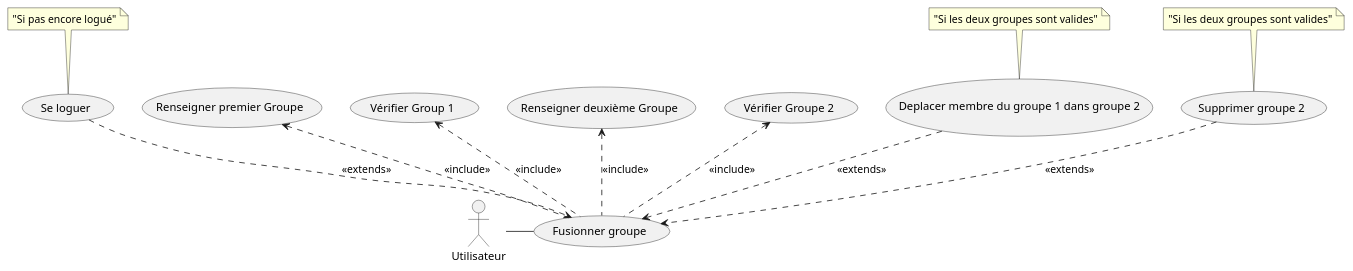
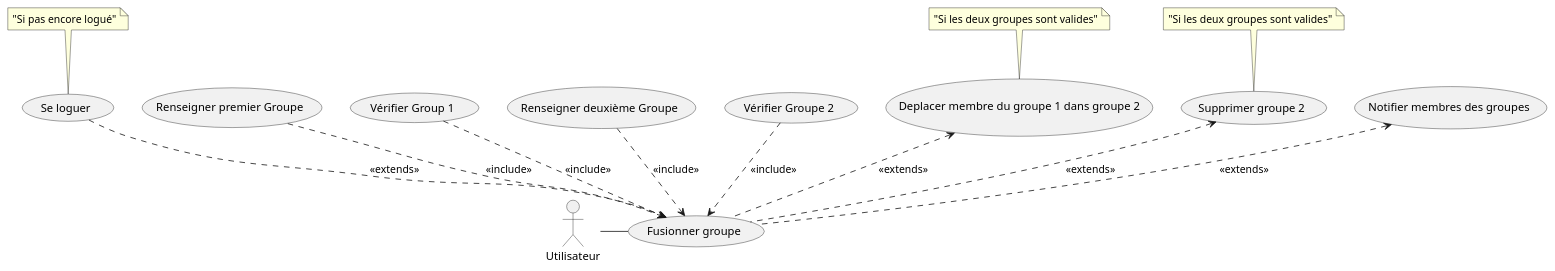
One commit to clementfvrl/projet_linux changed the diagram in docs/use_cases/UseCaseFusionGroupe.puml. Above: the diagram before and after it, drawn with PlantUML. The commit also changed 7 other files, not shown here.

```diff
--- a/docs/use_cases/UseCaseFusionGroupe.puml
+++ b/docs/use_cases/UseCaseFusionGroupe.puml
@@ -2,17 +2,21 @@
 @startuml
 actor Utilisateur as User
 top to bottom direction
 usecase (Fusionner groupe) as create
 :User: -right- create
+
 (Se loguer) ..> create : << extends >> 
+
 note top of  (Se loguer) : "Si pas encore logué"
-(Renseigner premier Groupe) <.. create : << include >>
-(Vérifier Group 1) <.. create : << include >>
-(Renseigner deuxième Groupe) <.. create : << include >>
-(Vérifier Groupe 2) <.. create : << include >>
-(Deplacer membre du groupe 1 dans groupe 2) ..> create : << extends >>
+
+(Renseigner premier Groupe) ..> create : << include >>
+(Vérifier Group 1) ..> create : << include >>
+(Renseigner deuxième Groupe) ..> create : << include >>
+(Vérifier Groupe 2) ..> create : << include >>
+(Deplacer membre du groupe 1 dans groupe 2) <.. create : << extends >>
 note top of  (Deplacer membre du groupe 1 dans groupe 2) : "Si les deux groupes sont valides"
-(Supprimer groupe 2) ..> create : << extends >>
+(Supprimer groupe 2) <.. create : << extends >>
 note top of  (Supprimer groupe 2) : "Si les deux groupes sont valides"
+(Notifier membres des groupes) <.. create : << extends >>
 
 @enduml
```
